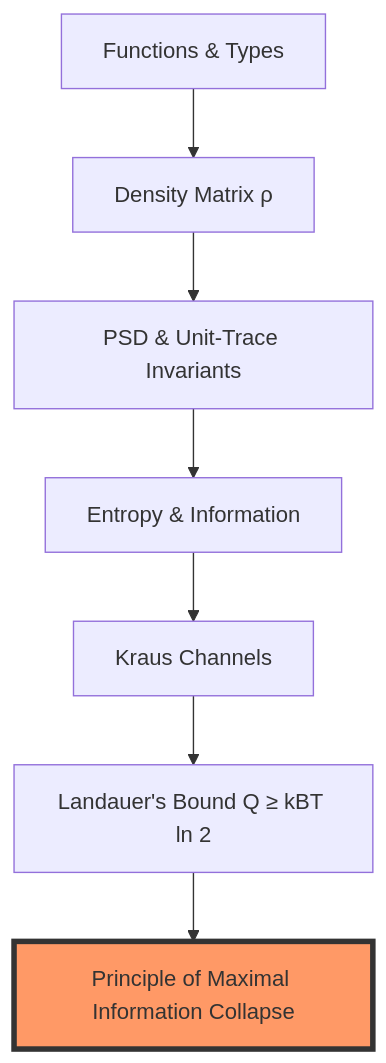
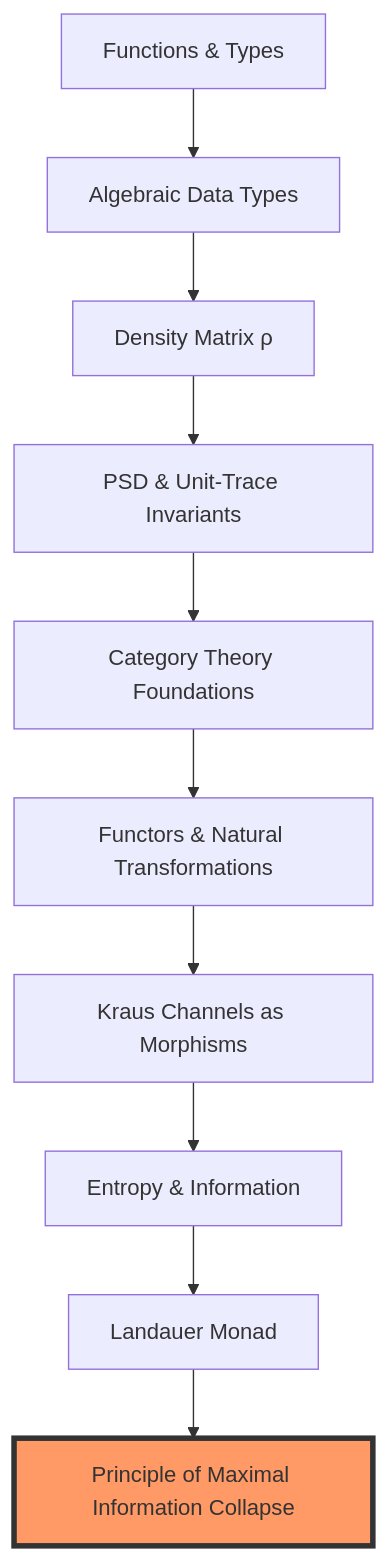
The diagram in Docs/Quantum-Formal-Primer.md (tytolabs/umst-formal-double-slit), drawn with Mermaid before and after one commit. The commit also changed other lines of this file, not shown here.

````diff
--- a/Docs/Quantum-Formal-Primer.md
+++ b/Docs/Quantum-Formal-Primer.md
@@ -19,11 +19,14 @@
 ```mermaid
 graph TD
-    A[Functions & Types] --> B[Density Matrix ρ]
-    B --> C[PSD & Unit-Trace Invariants]
-    C --> D[Entropy & Information]
-    D --> E[Kraus Channels]
-    E --> F[Landauer's Bound Q ≥ kBT ln 2]
-    F --> G[Principle of Maximal Information Collapse]
+    A[Functions & Types] --> B[Algebraic Data Types]
+    B --> C[Density Matrix ρ]
+    C --> D[PSD & Unit-Trace Invariants]
+    D --> E[Category Theory Foundations]
+    E --> F[Functors & Natural Transformations]
+    F --> G[Kraus Channels as Morphisms]
+    G --> H[Entropy & Information]
+    H --> I[Landauer Monad]
+    I --> J[Principle of Maximal Information Collapse]
     
-    style G fill:#f96,stroke:#333,stroke-width:4px
+    style J fill:#f96,stroke:#333,stroke-width:4px
 ```
````
